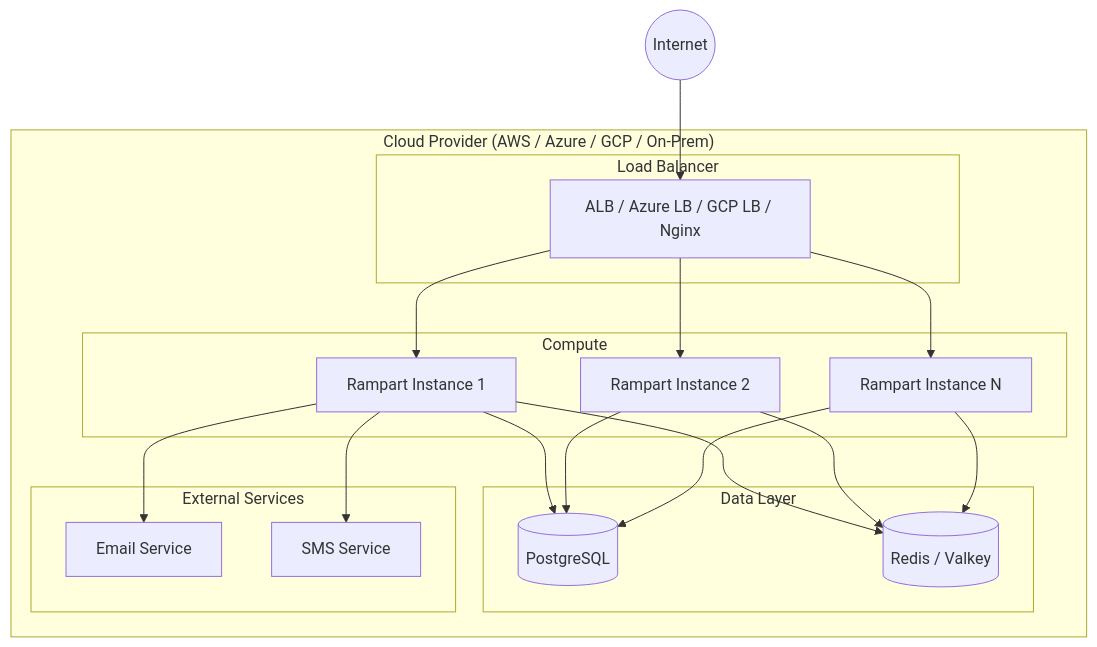
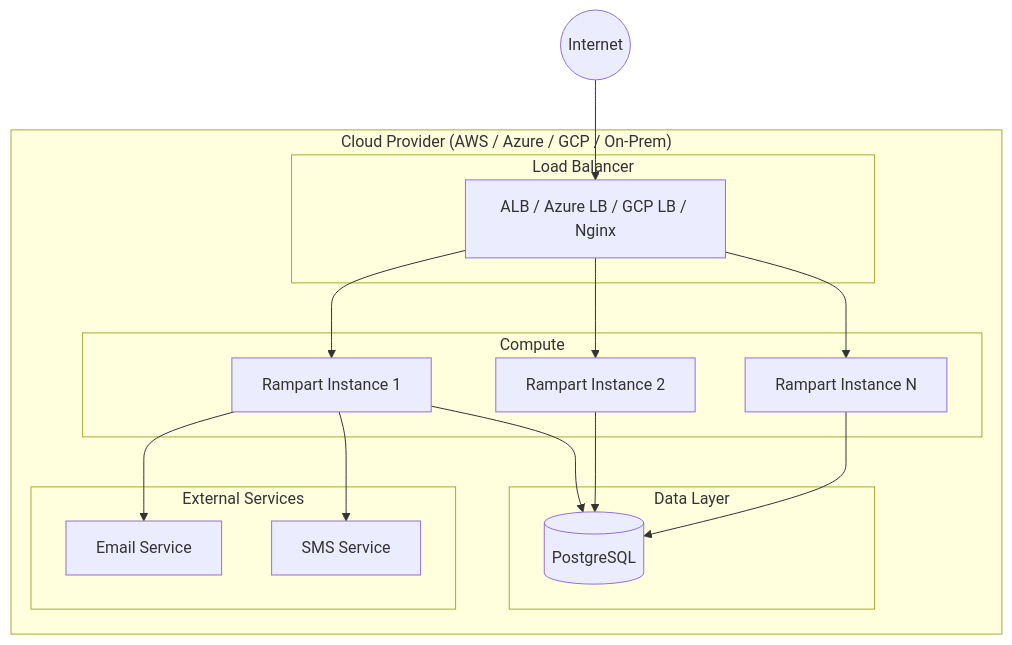
The diagram in docs/architecture/deployment.md (manimovassagh/rampart), drawn with Mermaid before and after one commit. The commit also changed other lines of this file and 42 other files, not shown here.

````diff
--- a/docs/architecture/deployment.md
+++ b/docs/architecture/deployment.md
@@ -7,40 +7,35 @@
 ```mermaid
 graph TB
     subgraph "Cloud Provider (AWS / Azure / GCP / On-Prem)"
         subgraph "Load Balancer"
             LB[ALB / Azure LB / GCP LB / Nginx]
         end
 
         subgraph "Compute"
             R1[Rampart Instance 1]
             R2[Rampart Instance 2]
             R3[Rampart Instance N]
         end
 
         subgraph "Data Layer"
             PG[(PostgreSQL)]
-            RD[(Redis / Valkey)]
         end
 
         subgraph "External Services"
             SMTP[Email Service]
             SMS[SMS Service]
         end
     end
 
     Internet((Internet)) --> LB
     LB --> R1
     LB --> R2
     LB --> R3
 
     R1 --> PG
     R2 --> PG
     R3 --> PG
 
-    R1 --> RD
-    R2 --> RD
-    R3 --> RD
-
     R1 --> SMTP
     R1 --> SMS
 ```
````
